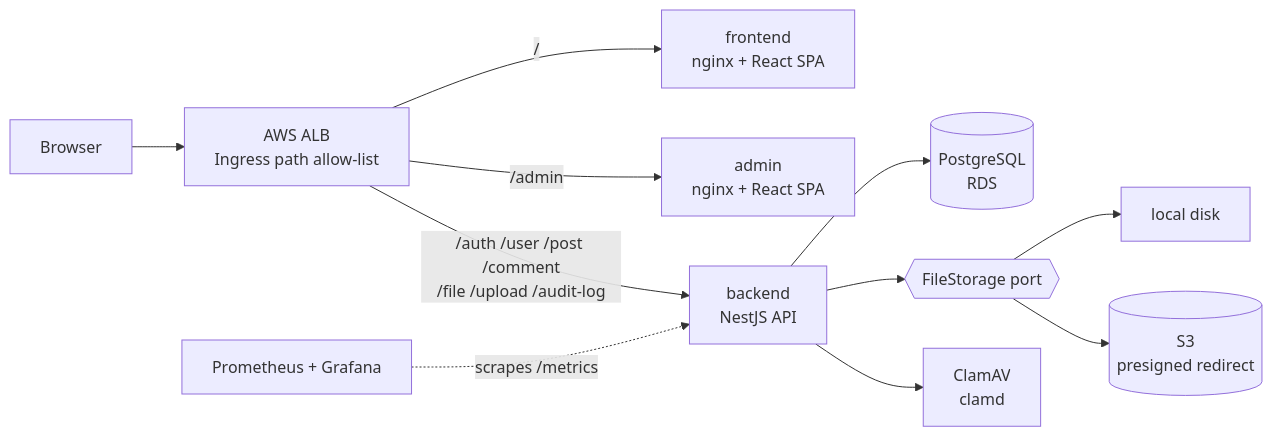
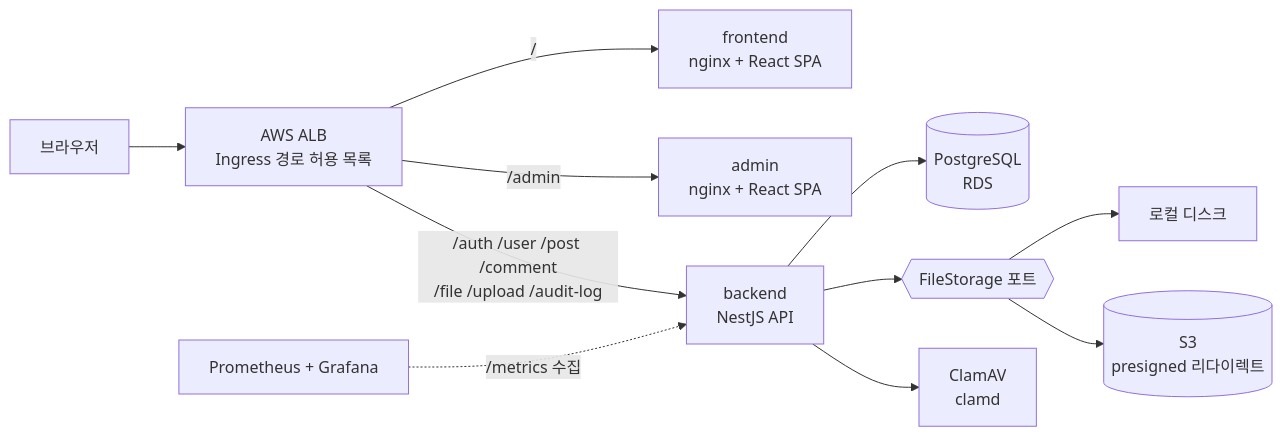
One commit to Bluecode77732/Upload-Board-Project changed the first of 4 diagrams in README.md. Above: the diagram before and after it, drawn with Mermaid. The commit also changed other lines of this file and 5 other files, not shown here.

````diff
--- a/README.md
+++ b/README.md
@@ -156,13 +157,13 @@
 ```mermaid
 flowchart LR
-  U[Browser] --> ALB["AWS ALB<br/>Ingress path allow-list"]
+  U[브라우저] --> ALB["AWS ALB<br/>Ingress 경로 허용 목록"]
   ALB -- "/" --> FE["frontend<br/>nginx + React SPA"]
   ALB -- "/admin" --> AD["admin<br/>nginx + React SPA"]
   ALB -- "/auth /user /post /comment<br/>/file /upload /audit-log" --> API["backend<br/>NestJS API"]
   API --> PG[("PostgreSQL<br/>RDS")]
-  API --> ST{{"FileStorage port"}}
-  ST --> LD["local disk"]
-  ST --> S3[("S3<br/>presigned redirect")]
+  API --> ST{{"FileStorage 포트"}}
+  ST --> LD["로컬 디스크"]
+  ST --> S3[("S3<br/>presigned 리다이렉트")]
   API --> CL["ClamAV<br/>clamd"]
-  PR["Prometheus + Grafana"] -. "scrapes /metrics" .-> API
+  PR["Prometheus + Grafana"] -. "/metrics 수집" .-> API
 ```
````
